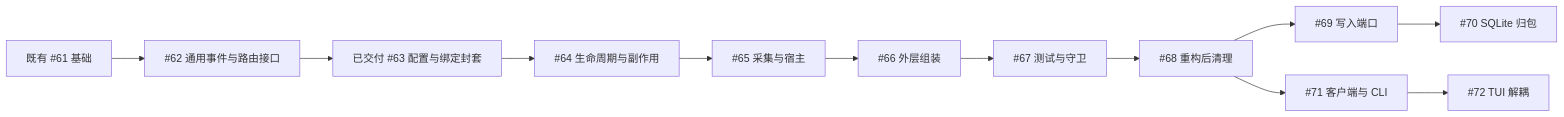
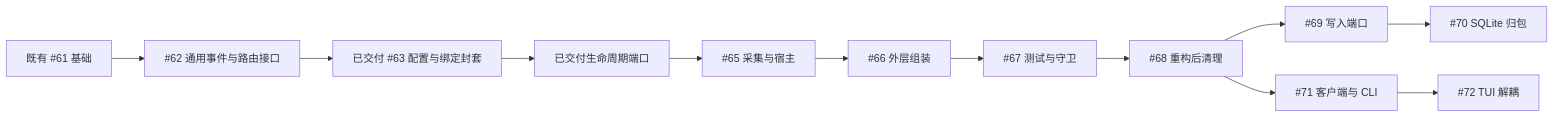
Before and after one commit to erranliu/SteerLine: the second of 2 diagrams in docs/roadmap/execution-map.md, drawn with Mermaid. The commit also changed other lines of this file and 22 other files, not shown here.

````diff
--- a/docs/roadmap/execution-map.md
+++ b/docs/roadmap/execution-map.md
@@ -89,12 +88,12 @@
 ```mermaid
 flowchart LR
     Foundation["既有 #61 基础"] --> E62["#62 通用事件与路由接口"]
     E62 --> C63["已交付 #63 配置与绑定封套"]
-    C63 --> C64["#64 生命周期与副作用"]
+    C63 --> C64["已交付生命周期端口"]
     C64 --> C65["#65 采集与宿主"]
     C65 --> C66["#66 外层组装"]
     C66 --> C67["#67 测试与守卫"]
     C67 --> C68["#68 重构后清理"]
     C68 --> S69["#69 写入端口"] --> S70["#70 SQLite 归包"]
     C68 --> P71["#71 客户端与 CLI"] --> P72["#72 TUI 解耦"]
 ```
````
